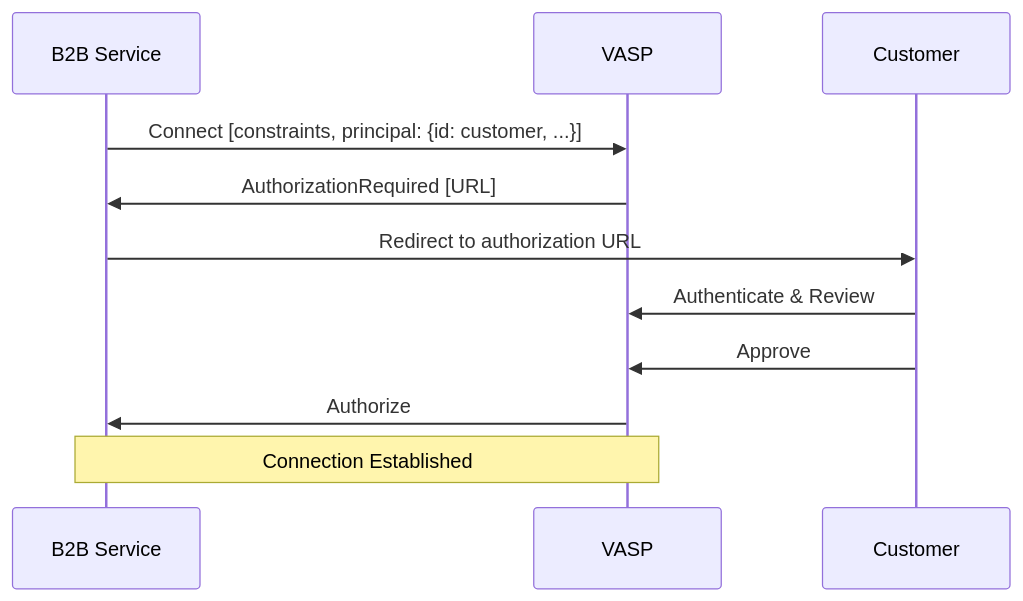
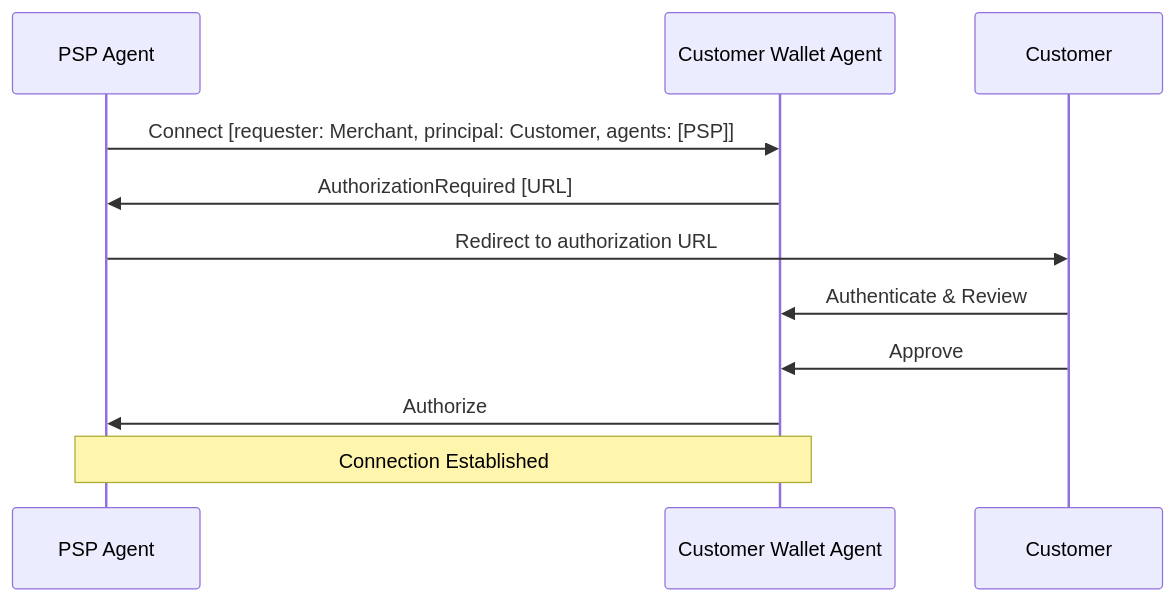
Before and after one commit to TransactionAuthorizationProtocol/TAIPs: the second of 5 diagrams in TAIPs/taip-15.md, drawn with Mermaid. The commit also changed other lines of this file and 7 other files, not shown here.

First line of the commit message:
BREAKING: Restructure TAIP-15 Agent Connection Protocol

````diff
--- a/TAIPs/taip-15.md
+++ b/TAIPs/taip-15.md
@@ -220,14 +256,14 @@
 ```mermaid
 sequenceDiagram
-    participant B2B as B2B Service
-    participant VASP
+    participant PSP as PSP Agent
+    participant CustomerWallet as Customer Wallet Agent
     participant Customer
 
-    B2B->>VASP: Connect [constraints, principal: {id: customer, ...}]
-    VASP->>B2B: AuthorizationRequired [URL]
-    B2B->>Customer: Redirect to authorization URL
-    Customer->>VASP: Authenticate & Review
-    Customer->>VASP: Approve
-    VASP->>B2B: Authorize
-    Note over B2B,VASP: Connection Established
+    PSP->>CustomerWallet: Connect [requester: Merchant, principal: Customer, agents: [PSP]]
+    CustomerWallet->>PSP: AuthorizationRequired [URL]
+    PSP->>Customer: Redirect to authorization URL
+    Customer->>CustomerWallet: Authenticate & Review
+    Customer->>CustomerWallet: Approve
+    CustomerWallet->>PSP: Authorize
+    Note over PSP,CustomerWallet: Connection Established
 ```
````
